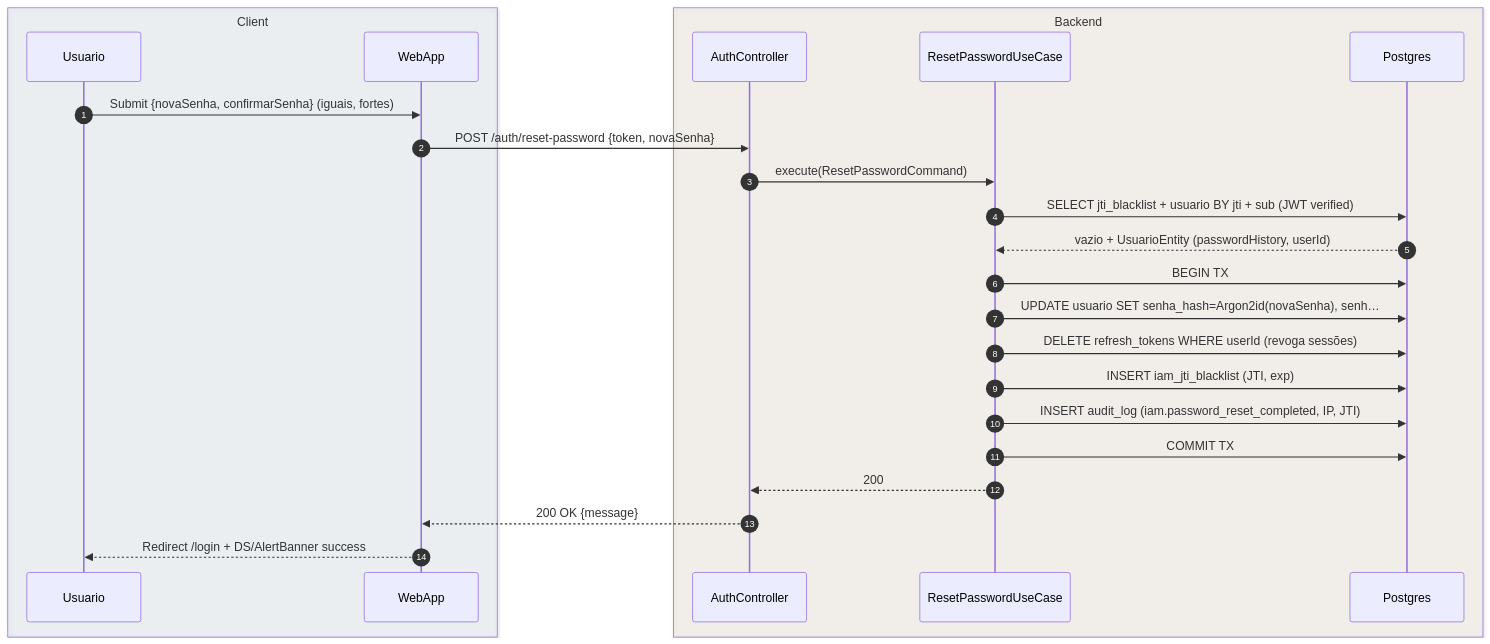
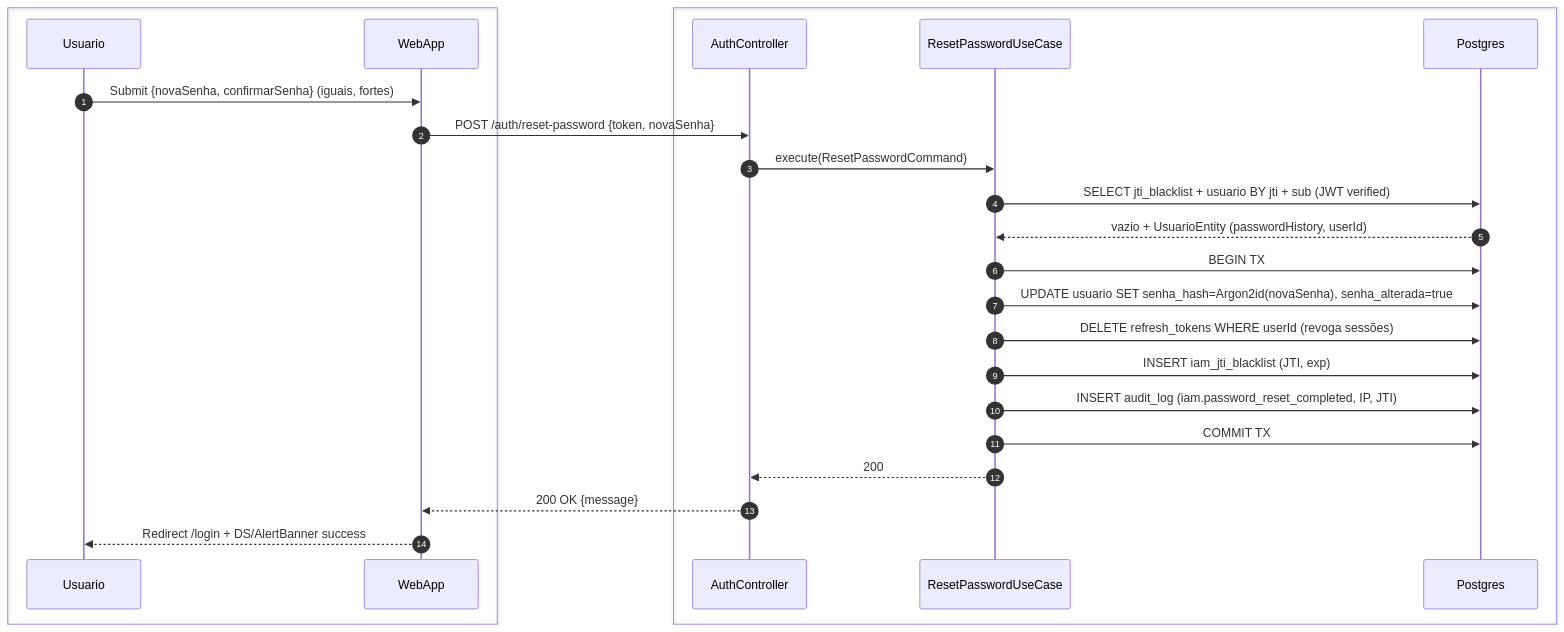
The first of 3 diagrams in foundationDocs/sequenceDiagrams/F0 — Público/US-F0-003-NOVA-SENHA.md (umishell/secretariaOnline2), drawn with Mermaid before and after one commit. The commit also changed other lines of this file and 70 other files, not shown here.

First line of the commit message:
Enhance database documentation and introduce new schema files

````diff
--- a/foundationDocs/sequenceDiagrams/F0 — Público/US-F0-003-NOVA-SENHA.md
+++ b/foundationDocs/sequenceDiagrams/F0 — Público/US-F0-003-NOVA-SENHA.md
@@ -50,28 +50,28 @@
 ```mermaid
 sequenceDiagram
     autonumber
-    box rgba(230,245,255,0.3) Client
+    box #e8f4fc Cliente
         participant Usuario
         participant WebApp
     end
-    box rgba(255,245,230,0.3) Backend
+    box #fff8ee Servidor
         participant AC as AuthController
         participant UC as ResetPasswordUseCase
         participant DB as Postgres
     end
 
     Usuario->>WebApp: Submit {novaSenha, confirmarSenha} (iguais, fortes)
     WebApp->>AC: POST /auth/reset-password {token, novaSenha}
     AC->>UC: execute(ResetPasswordCommand)
     UC->>DB: SELECT jti_blacklist + usuario BY jti + sub (JWT verified)
     DB-->>UC: vazio + UsuarioEntity (passwordHistory, userId)
     UC->>DB: BEGIN TX
-    UC->>DB: UPDATE usuario SET senha_hash=Argon2id(novaSenha), senh…
+    UC->>DB: UPDATE usuario SET senha_hash=Argon2id(novaSenha), senha_alterada=true
     UC->>DB: DELETE refresh_tokens WHERE userId (revoga sessões)
     UC->>DB: INSERT iam_jti_blacklist (JTI, exp)
     UC->>DB: INSERT audit_log (iam.password_reset_completed, IP, JTI)
     UC->>DB: COMMIT TX
     UC-->>AC: 200
     AC-->>WebApp: 200 OK {message}
     WebApp-->>Usuario: Redirect /login + DS/AlertBanner success
 ```
````
